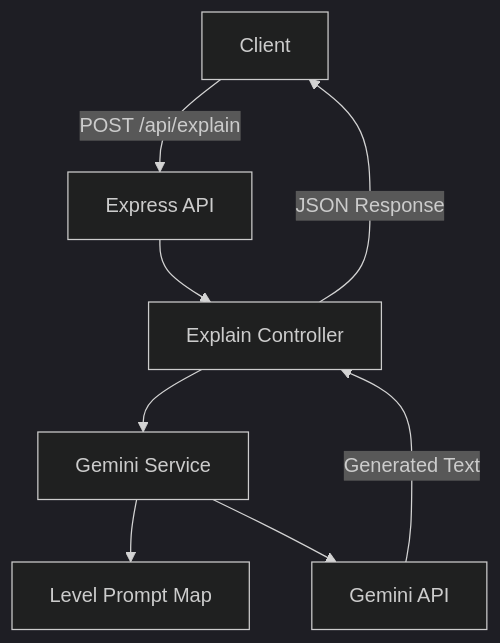
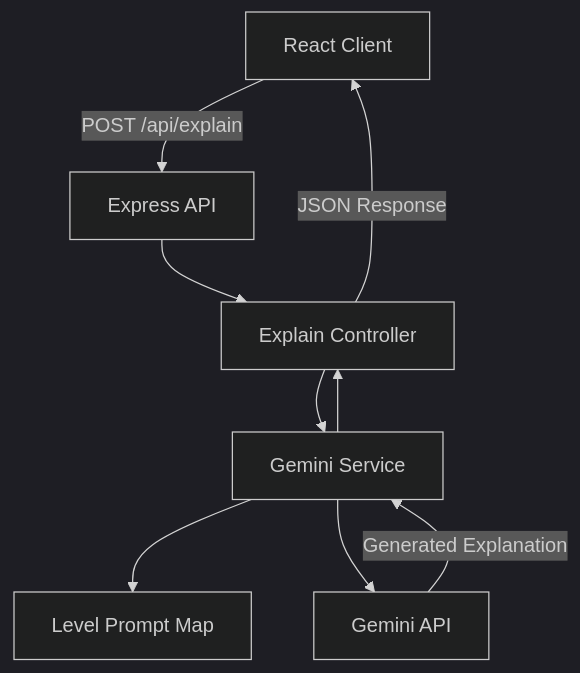
Before and after one commit to Radhikagupta25/ToddlerToPhD: the diagram in README.md, drawn with Mermaid (dark theme). The commit also changed other lines of this file, not shown here.

````diff
--- a/README.md
+++ b/README.md
@@ -63,29 +81,19 @@
 ```mermaid
 graph TD
 
-A[Client]
-
+A[React Client]
 B[Express API]
-
 C[Explain Controller]
-
 D[Gemini Service]
-
 E[Level Prompt Map]
-
 F[Gemini API]
 
 A -->|POST /api/explain| B
-
 B --> C
-
 C --> D
-
 D --> E
-
 D --> F
-
-F -->|Generated Text| C
-
+F -->|Generated Explanation| D
+D --> C
 C -->|JSON Response| A
 ```
````
